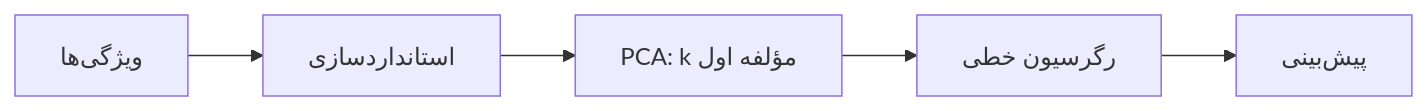
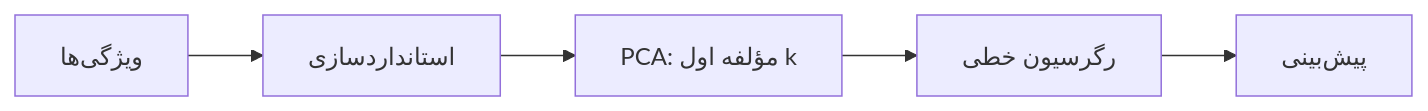
One commit to haghbinh/DM_Course changed the diagram in Part 4_Regression/17 - رگرسیون خطی چندگانه و ارزیابی.md. Above: the diagram before and after it, drawn with Mermaid. The commit also changed other lines of this file and 6 other files, not shown here.

````diff
--- a/Part 4_Regression/17 - رگرسیون خطی چندگانه و ارزیابی.md
+++ b/Part 4_Regression/17 - رگرسیون خطی چندگانه و ارزیابی.md
@@ -311,7 +311,7 @@
 ```mermaid
 flowchart LR
     A["ویژگی‌ها"] --> B["استانداردسازی"]
-    B --> C["PCA: k مؤلفه اول"]
+    B --> C["PCA: مؤلفه اول k "]
     C --> D["رگرسیون خطی"]
     D --> E["پیش‌بینی"]
 ```
````
